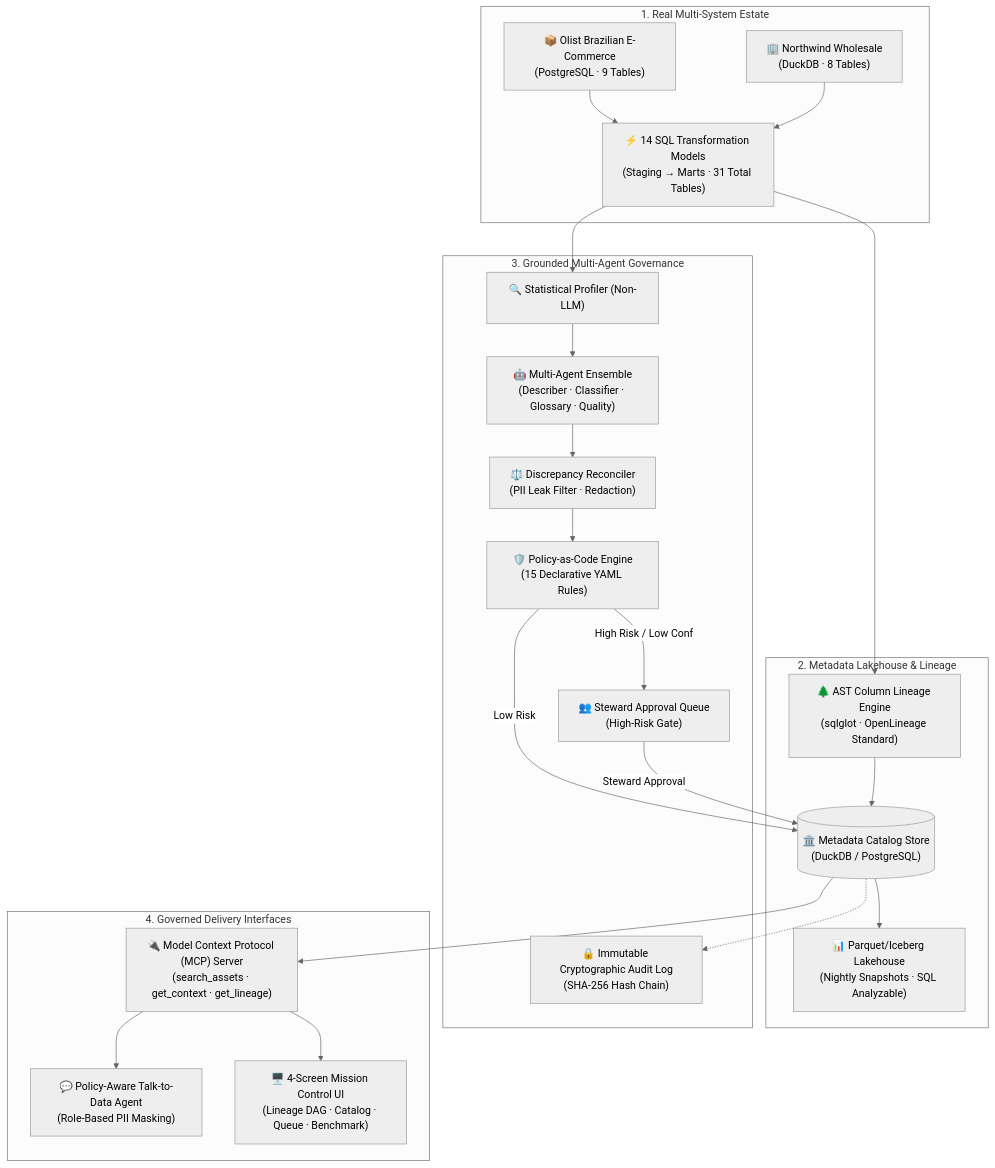
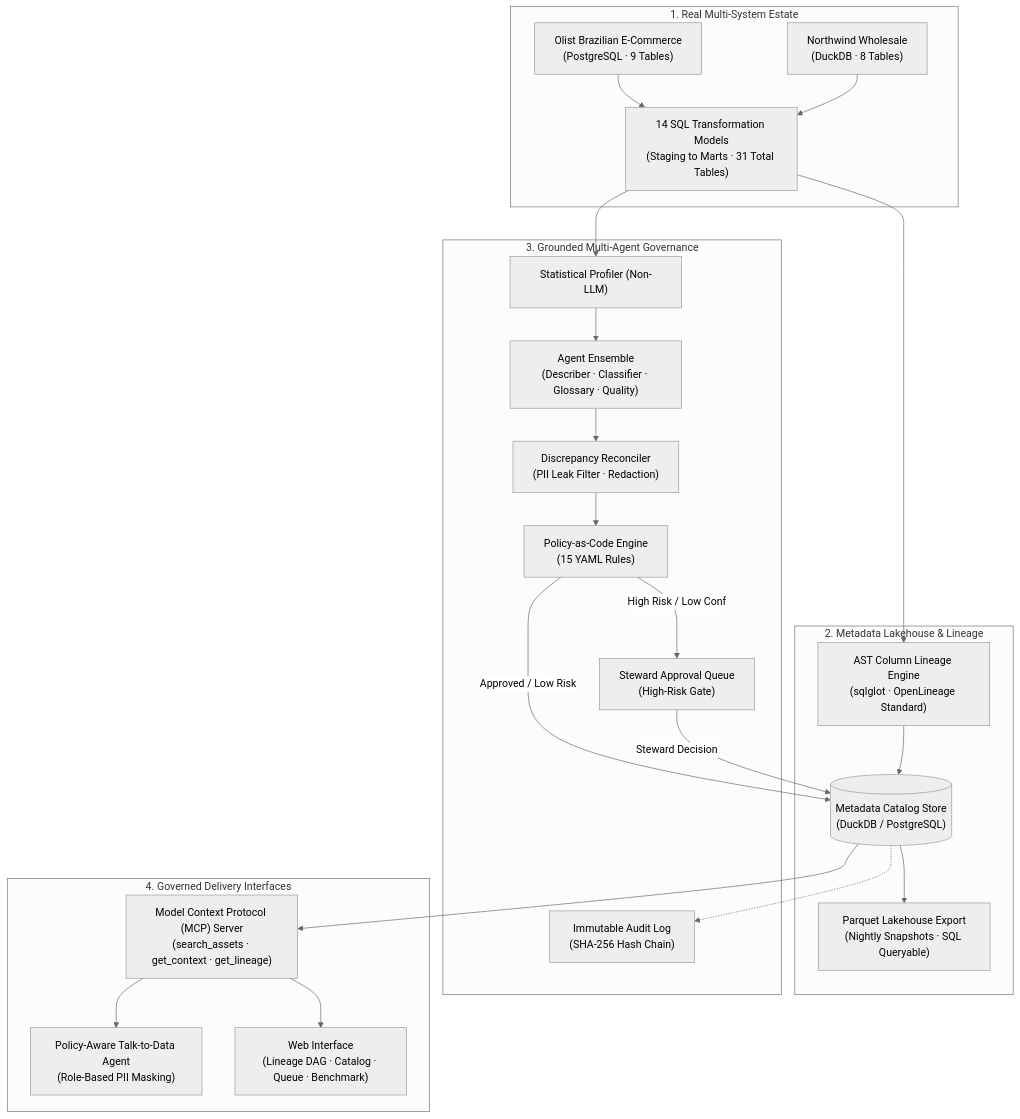
The second of 2 diagrams in README.md (Susil-commits/CForge), drawn with Mermaid (neutral theme) before and after one commit. The commit also changed other lines of this file, not shown here.

````diff
--- a/README.md
+++ b/README.md
@@ -82,47 +90,47 @@
 ```mermaid
 flowchart TB
     subgraph S1 ["1. Real Multi-System Estate"]
-        Olist["📦 Olist Brazilian E-Commerce<br/>(PostgreSQL · 9 Tables)"]
-        Northwind["🏢 Northwind Wholesale<br/>(DuckDB · 8 Tables)"]
-        Transform["⚡ 14 SQL Transformation Models<br/>(Staging &rarr; Marts · 31 Total Tables)"]
+        Olist["Olist Brazilian E-Commerce<br/>(PostgreSQL · 9 Tables)"]
+        Northwind["Northwind Wholesale<br/>(DuckDB · 8 Tables)"]
+        Transform["14 SQL Transformation Models<br/>(Staging to Marts · 31 Total Tables)"]
         Olist --> Transform
         Northwind --> Transform
     end
 
     subgraph S2 ["2. Metadata Lakehouse & Lineage"]
-        Store[("🏛️ Metadata Catalog Store<br/>(DuckDB / PostgreSQL)")]
-        Parser["🌲 AST Column Lineage Engine<br/>(sqlglot · OpenLineage Standard)"]
-        Lakehouse["📊 Parquet/Iceberg Lakehouse<br/>(Nightly Snapshots · SQL Analyzable)"]
+        Store[("Metadata Catalog Store<br/>(DuckDB / PostgreSQL)")]
+        Parser["AST Column Lineage Engine<br/>(sqlglot · OpenLineage Standard)"]
+        Lakehouse["Parquet Lakehouse Export<br/>(Nightly Snapshots · SQL Queryable)"]
         Transform --> Parser
         Parser --> Store
         Store --> Lakehouse
     end
 
     subgraph S3 ["3. Grounded Multi-Agent Governance"]
-        Profiler["🔍 Statistical Profiler (Non-LLM)"]
-        Agents["🤖 Multi-Agent Ensemble<br/>(Describer · Classifier · Glossary · Quality)"]
-        Reconciler["⚖️ Discrepancy Reconciler<br/>(PII Leak Filter · Redaction)"]
-        PolicyEngine["🛡️ Policy-as-Code Engine<br/>(15 Declarative YAML Rules)"]
-        Queue["👥 Steward Approval Queue<br/>(High-Risk Gate)"]
-        Audit["🔒 Immutable Cryptographic Audit Log<br/>(SHA-256 Hash Chain)"]
+        Profiler["Statistical Profiler (Non-LLM)"]
+        Agents["Agent Ensemble<br/>(Describer · Classifier · Glossary · Quality)"]
+        Reconciler["Discrepancy Reconciler<br/>(PII Leak Filter · Redaction)"]
+        PolicyEngine["Policy-as-Code Engine<br/>(15 YAML Rules)"]
+        Queue["Steward Approval Queue<br/>(High-Risk Gate)"]
+        Audit["Immutable Audit Log<br/>(SHA-256 Hash Chain)"]
 
         Transform --> Profiler
         Profiler --> Agents
         Agents --> Reconciler
         Reconciler --> PolicyEngine
-        PolicyEngine -->|Low Risk| Store
+        PolicyEngine -->|Approved / Low Risk| Store
         PolicyEngine -->|High Risk / Low Conf| Queue
-        Queue -->|Steward Approval| Store
+        Queue -->|Steward Decision| Store
         Store -.-> Audit
     end
 
     subgraph S4 ["4. Governed Delivery Interfaces"]
-        MCPServer["🔌 Model Context Protocol (MCP) Server<br/>(search_assets · get_context · get_lineage)"]
-        Agent["💬 Policy-Aware Talk-to-Data Agent<br/>(Role-Based PII Masking)"]
-        UI["🖥️ 4-Screen Mission Control UI<br/>(Lineage DAG · Catalog · Queue · Benchmark)"]
+        MCPServer["Model Context Protocol (MCP) Server<br/>(search_assets · get_context · get_lineage)"]
+        Agent["Policy-Aware Talk-to-Data Agent<br/>(Role-Based PII Masking)"]
+        UI["Web Interface<br/>(Lineage DAG · Catalog · Queue · Benchmark)"]
 
         Store --> MCPServer
         MCPServer --> Agent
         MCPServer --> UI
     end
 ```
````
